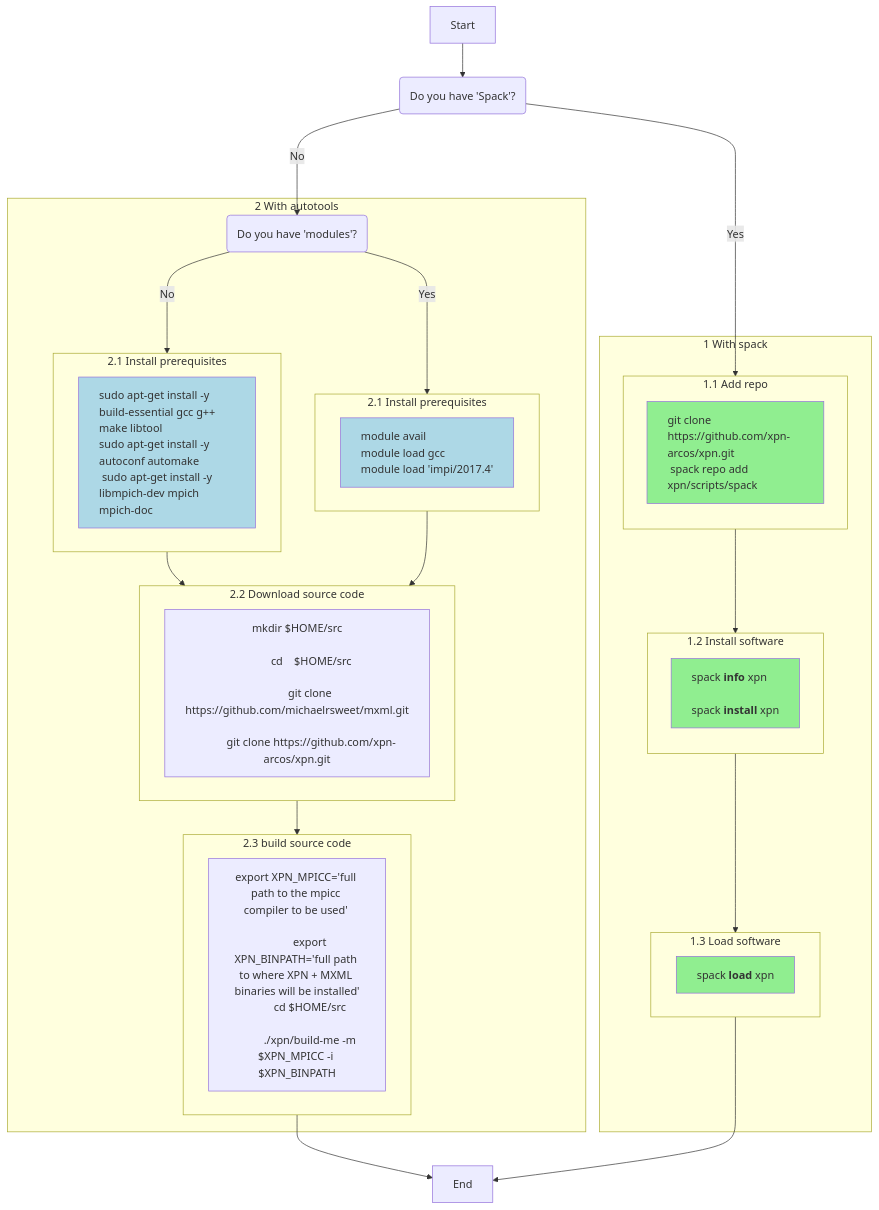
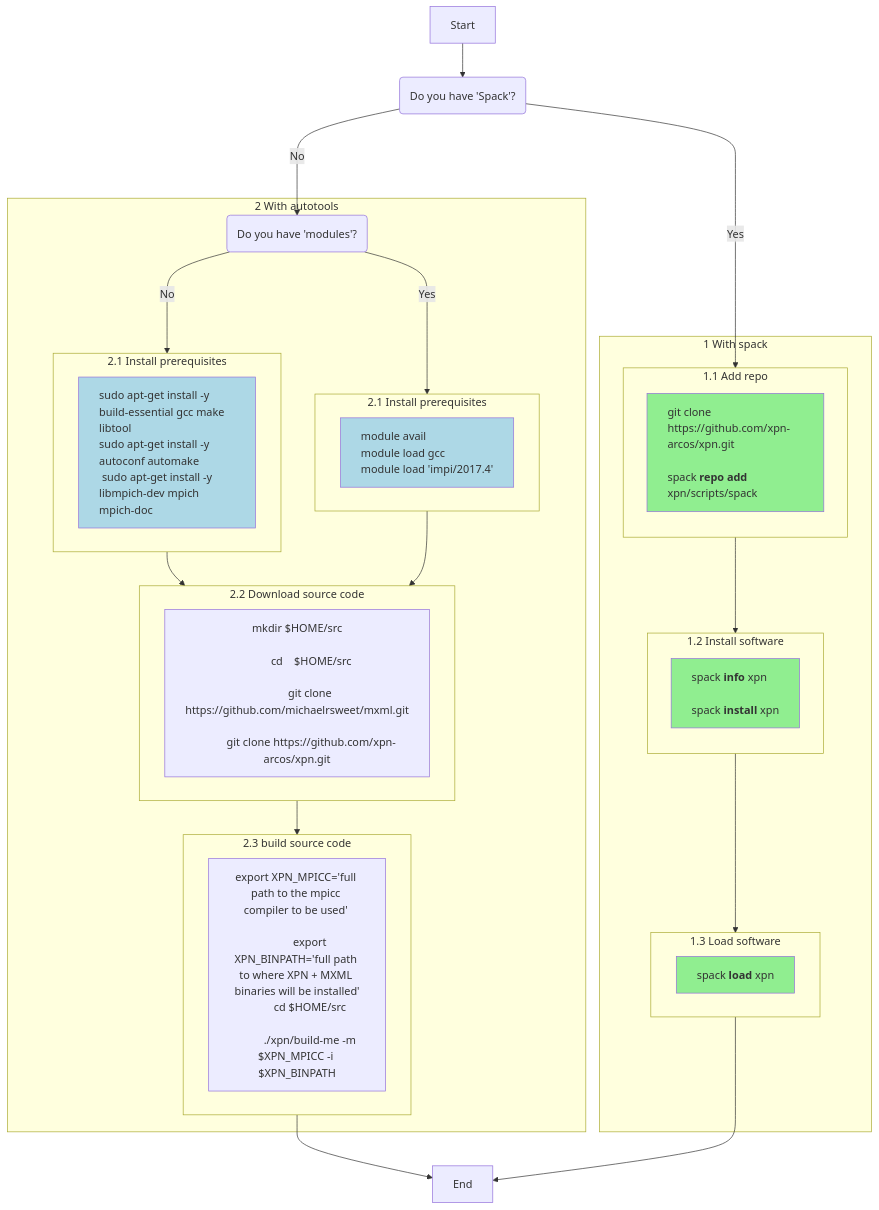
Before and after one commit to xpn-arcos/xpn: the first of 4 diagrams in README.md, drawn with Mermaid. The commit also changed other lines of this file, not shown here.

````diff
--- a/README.md
+++ b/README.md
@@ -23,62 +23,63 @@
   ```mermaid
   flowchart TD
     A[Start] --> B("Do you have 'Spack'?")
 
     B -- Yes --> X1
     subgraph ide1 [1 With spack]
     subgraph "1.1 Add repo"
        direction TB
-       X1["git clone https://github.com/xpn-arcos/xpn.git<br> spack repo add xpn/scripts/spack"]
+       X1["`git clone https://github.com/xpn-arcos/xpn.git </br>
+          spack **repo add** xpn/scripts/spack`"]
     end
     X1 --> X2
     subgraph "1.2 Install software"
        direction TB
        X2["`spack **info** xpn </br>
          spack **install** xpn`"]
     end
     X2 --> X3
     subgraph "1.3 Load software"
        direction LR
        X3["`spack **load** xpn`"]
     end
     classDef lt text-align:left,fill:lightgreen;
     class X1,X2,X3 lt;
     end
     X3 --> I[End]
 
     B -- No ---> Y1("Do you have 'modules'?")
     subgraph ide2 [2 With autotools]
     Y1-- Yes ---> Y1A
     subgraph "2.1 Install prerequisites"
        direction LR
        Y1A["module avail<br> module load gcc<br> module load 'impi/2017.4'"]
     end
     Y1-- No ---> Y1B
     subgraph "2.1 Install prerequisites"
        direction LR
-       Y1B["sudo apt-get install -y build-essential gcc g++ make libtool<br>sudo apt-get install -y autoconf automake<br> sudo apt-get install -y libmpich-dev mpich mpich-doc"]
+       Y1B["sudo apt-get install -y build-essential gcc make libtool<br>sudo apt-get install -y autoconf automake<br> sudo apt-get install -y libmpich-dev mpich mpich-doc"]
     end
     Y1A --> Y2B
     Y1B --> Y2B
     subgraph "2.2 Download source code"
        direction LR
        Y2B["mkdir $HOME/src<br>
             cd    $HOME/src<br>
             git clone https://github.com/michaelrsweet/mxml.git<br>
             git clone https://github.com/xpn-arcos/xpn.git"]
     end
     Y2B --> Y3B
     subgraph "2.3 build source code"
        direction LR
        Y3B["export XPN_MPICC='full path to the mpicc compiler to be used' <br>
             export XPN_BINPATH='full path to where XPN + MXML binaries will be installed'
             cd $HOME/src <br>
             ./xpn/build-me -m $XPN_MPICC -i $XPN_BINPATH"]
     end
 
     classDef lt2 text-align:left,fill:lightblue;
     class Y1A,Y1B lt2;
     end
 
     Y3B --> I[End]
   ```
````
